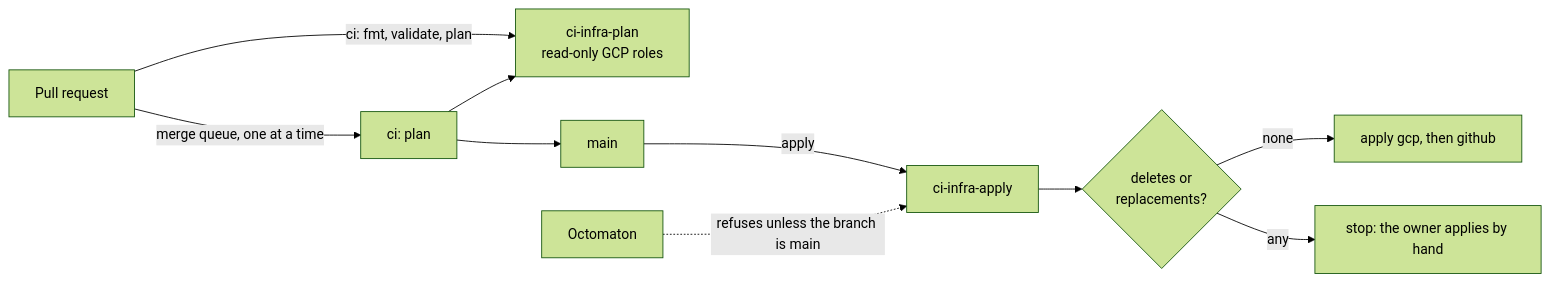
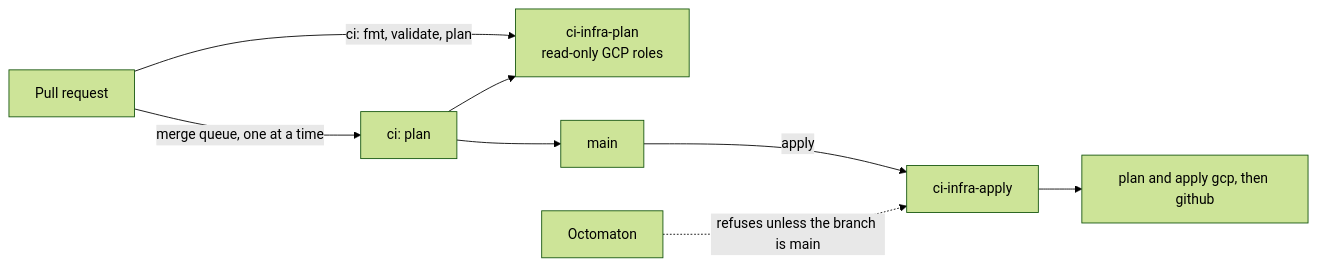
Before and after one commit to arikkfir-org/docs: the diagram in hub/designs/terraform-plan-apply.md, drawn with Mermaid (forest theme). The commit also changed other lines of this file and 1 other file, not shown here.

First line of the commit message:
docs(hub): apply every infra plan, deletions and replacements included

````diff
--- a/hub/designs/terraform-plan-apply.md
+++ b/hub/designs/terraform-plan-apply.md
@@ -19,12 +19,10 @@
 ```mermaid
 flowchart LR
   PR[Pull request] -->|ci: fmt, validate, plan| PL[ci-infra-plan<br/>read-only GCP roles]
   PR -->|merge queue, one at a time| MQ[ci: plan]
   MQ --> PL
   MQ --> M[main]
   M -->|apply| AP[ci-infra-apply]
   O[Octomaton] -. refuses unless the branch is main .-> AP
-  AP --> G{deletes or<br/>replacements?}
-  G -->|none| A[apply gcp, then github]
-  G -->|any| S[stop: the owner applies by hand]
+  AP --> A[plan and apply gcp, then github]
 ```
````
